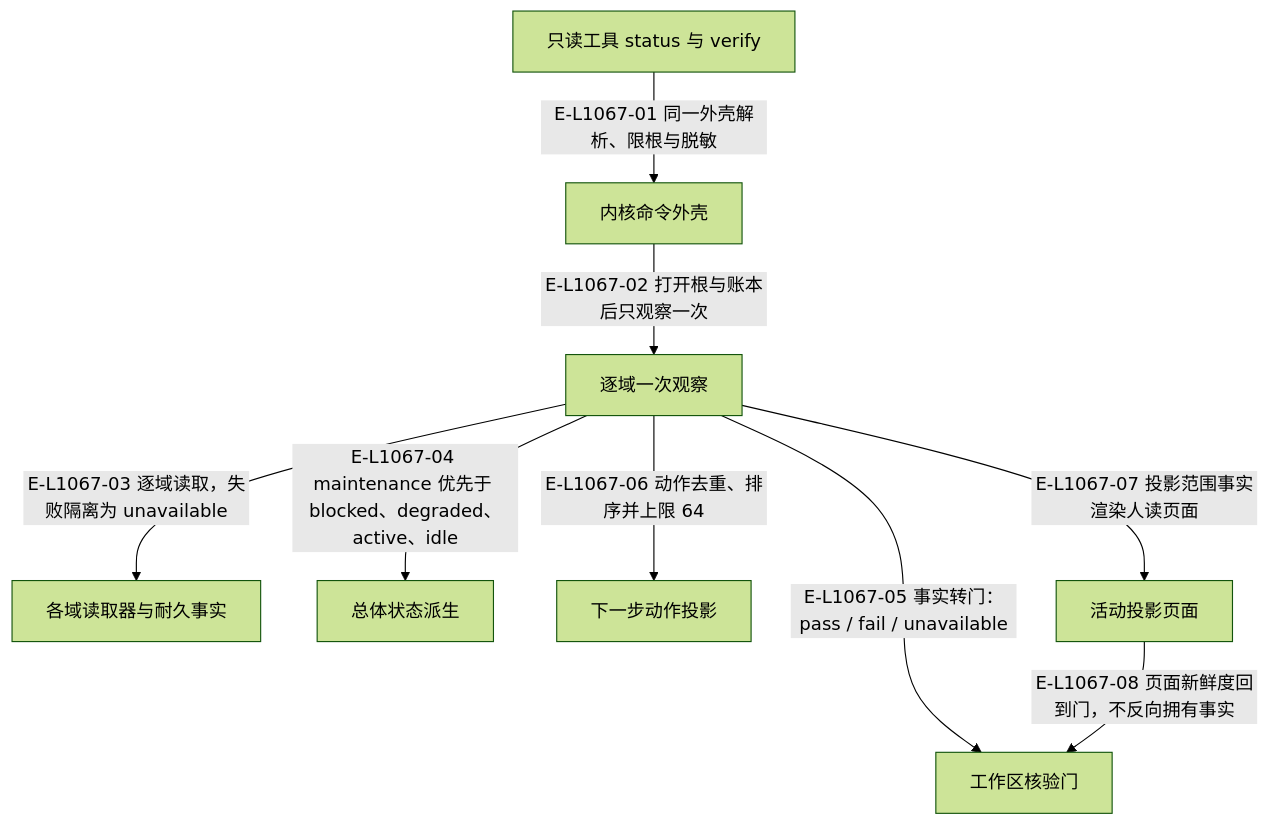
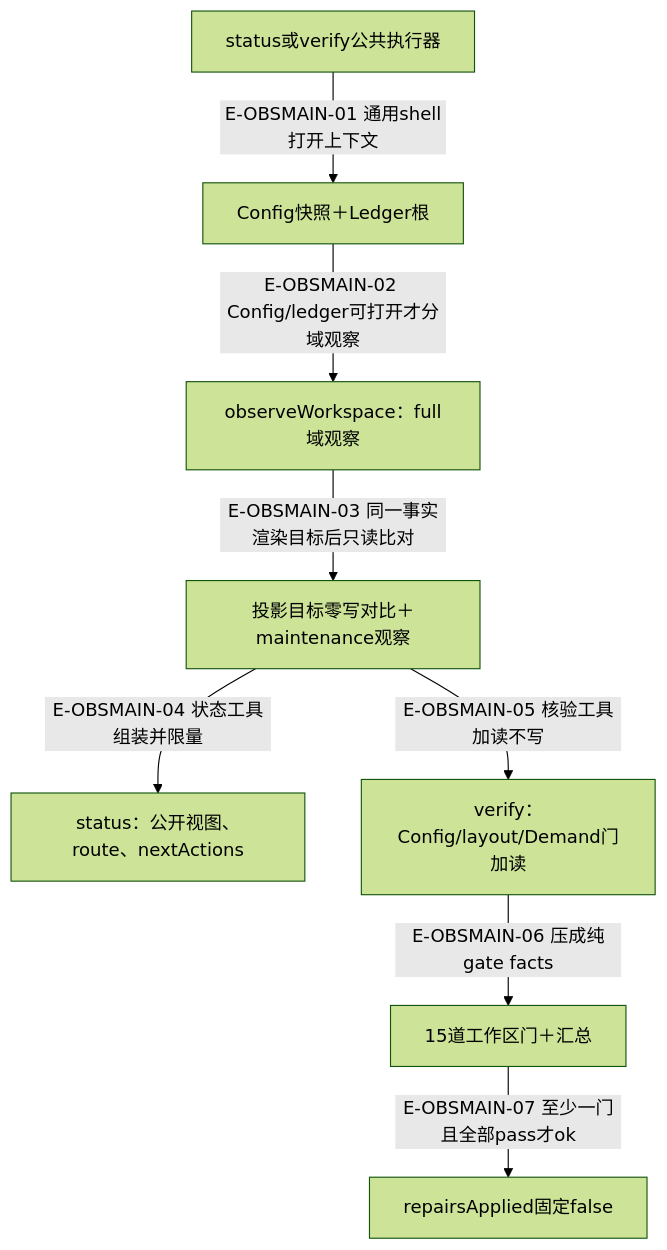
The diagram in wakeflow-architecture-atlas/maps/16-observation/README.md (GxFn/Wakeflow), drawn with Mermaid (forest theme) before and after one commit. The commit also changed other lines of this file and 76 other files, not shown here.

First line of the commit message:
docs(atlas): refresh architecture maps for the rc.5 codebase

````diff
--- a/wakeflow-architecture-atlas/maps/16-observation/README.md
+++ b/wakeflow-architecture-atlas/maps/16-observation/README.md
@@ -61,21 +40,20 @@
 ```mermaid
 flowchart TB
-  accTitle: 一次观察如何派生状态、门与投影
-  accDescr: 两个只读工具经内核外壳做一次逐域观察，再派生总体状态、核验门、下一步动作和人读投影；箭头区分当前代码步骤、返回事实与明确的条件。
-  tools["只读工具 status 与 verify"]
-  shell["内核命令外壳"]
-  observe["逐域一次观察"]
-  owners["各域读取器与耐久事实"]
-  overall["总体状态派生"]
-  gates["工作区核验门"]
-  actions["下一步动作投影"]
-  pages["活动投影页面"]
-  tools -->|"E-L1067-01 同一外壳解析、限根与脱敏"| shell
-  shell -->|"E-L1067-02 打开根与账本后只观察一次"| observe
-  observe -->|"E-L1067-03 逐域读取，失败隔离为 unavailable"| owners
-  observe -->|"E-L1067-04 maintenance 优先于 blocked、degraded、active、idle"| overall
-  observe -->|"E-L1067-05 事实转门：pass / fail / unavailable"| gates
-  observe -->|"E-L1067-06 动作去重、排序并上限 64"| actions
-  observe -->|"E-L1067-07 投影范围事实渲染人读页面"| pages
-  pages -->|"E-L1067-08 页面新鲜度回到门，不反向拥有事实"| gates
+  accTitle: 一次观察，多种只读输出
+  accDescr: 公共工具先打开配置和Ledger，再构造分域观察；状态输出和严格门集共享这次观察，verify仍做自己的只读复验。
+  a["status或verify公共执行器"]
+  c["Config快照＋Ledger根"]
+  o["observeWorkspace：full域观察"]
+  p["投影目标零写对比＋maintenance观察"]
+  s["status：公开视图、route、nextActions"]
+  v["verify：Config/layout/Demand门加读"]
+  g["15道工作区门＋汇总"]
+  n["repairsApplied固定false"]
+  a -->|"E-OBSMAIN-01 通用shell打开上下文"| c
+  c -->|"E-OBSMAIN-02 Config/ledger可打开才分域观察"| o
+  o -->|"E-OBSMAIN-03 同一事实渲染目标后只读比对"| p
+  p -->|"E-OBSMAIN-04 状态工具组装并限量"| s
+  p -->|"E-OBSMAIN-05 核验工具加读不写"| v
+  v -->|"E-OBSMAIN-06 压成纯gate facts"| g
+  g -->|"E-OBSMAIN-07 至少一门且全部pass才ok"| n
 ```
````
